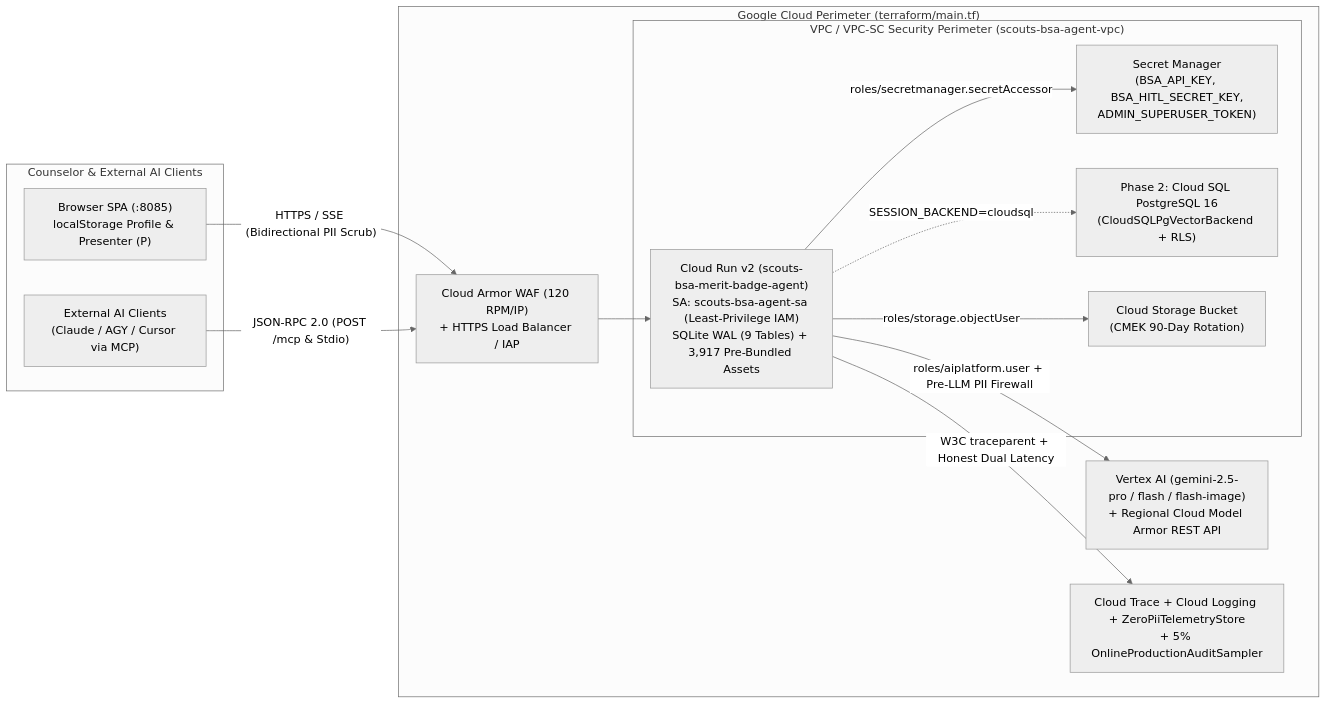
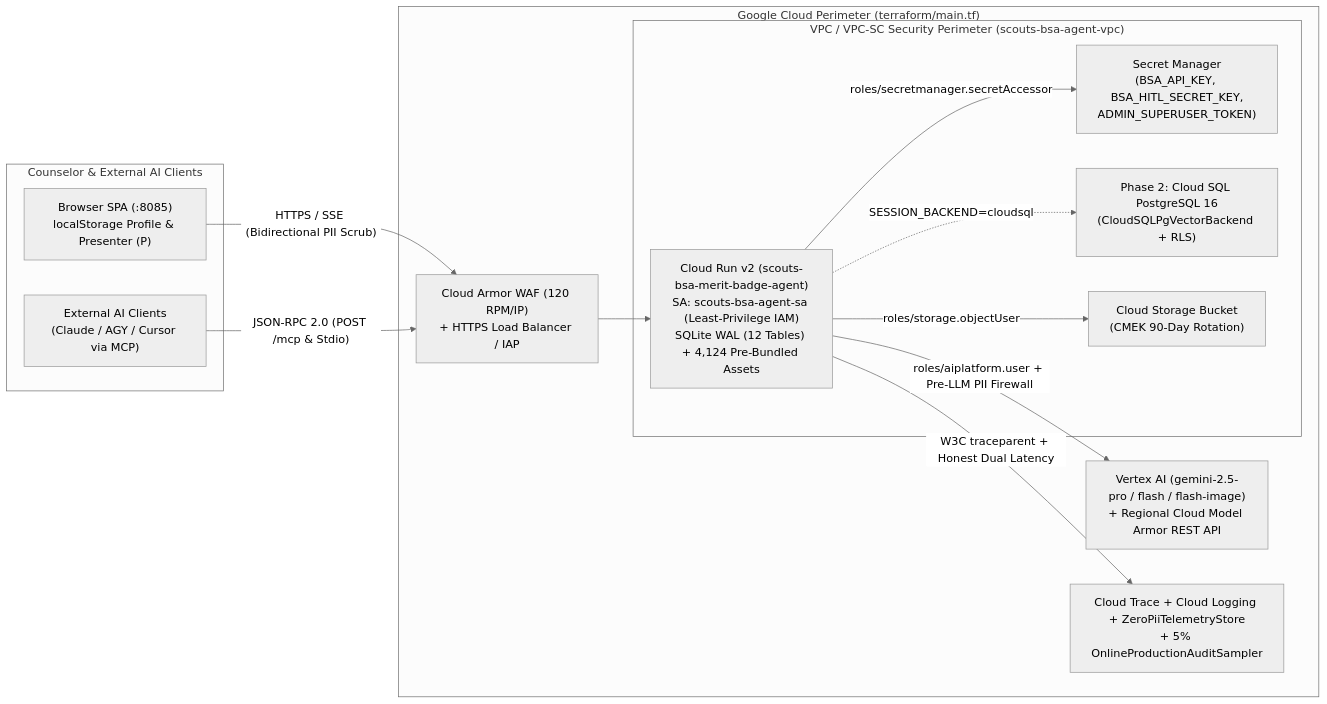
Before and after one commit to clayberg/scouts-bsa-merit-badge-agent: the second of 2 diagrams in README.md, drawn with Mermaid (neutral theme). The commit also changed other lines of this file and 193 other files, not shown here.

````diff
--- a/README.md
+++ b/README.md
@@ -267,28 +281,28 @@
 ```mermaid
 flowchart LR
     subgraph ClientEdge["Counselor & External AI Clients"]
         Browser["Browser SPA (:8085)<br/>localStorage Profile & Presenter (P)"]
         MCPClient["External AI Clients<br/>(Claude / AGY / Cursor via MCP)"]
     end
 
     subgraph GCPEdge["Google Cloud Perimeter (terraform/main.tf)"]
         WAF["Cloud Armor WAF (120 RPM/IP)<br/>+ HTTPS Load Balancer / IAP"]
         subgraph VPC["VPC / VPC-SC Security Perimeter (scouts-bsa-agent-vpc)"]
-            CR["Cloud Run v2 (scouts-bsa-merit-badge-agent)<br/>SA: scouts-bsa-agent-sa (Least-Privilege IAM)<br/>SQLite WAL (9 Tables) + 3,917 Pre-Bundled Assets"]
+            CR["Cloud Run v2 (scouts-bsa-merit-badge-agent)<br/>SA: scouts-bsa-agent-sa (Least-Privilege IAM)<br/>SQLite WAL (12 Tables) + 4,124 Pre-Bundled Assets"]
             SM["Secret Manager<br/>(BSA_API_KEY, BSA_HITL_SECRET_KEY,<br/>ADMIN_SUPERUSER_TOKEN)"]
             CSQL["Phase 2: Cloud SQL PostgreSQL 16<br/>(CloudSQLPgVectorBackend + RLS)"]
             GCS["Cloud Storage Bucket<br/>(CMEK 90-Day Rotation)"]
         end
         Vertex["Vertex AI (gemini-2.5-pro / flash / flash-image)<br/>+ Regional Cloud Model Armor REST API"]
         Obs["Cloud Trace + Cloud Logging + ZeroPiiTelemetryStore<br/>+ 5% OnlineProductionAuditSampler"]
     end
 
     Browser -->|"HTTPS / SSE (Bidirectional PII Scrub)"| WAF
     MCPClient -->|"JSON-RPC 2.0 (POST /mcp & Stdio)"| WAF
     WAF --> CR
     CR -->|"roles/secretmanager.secretAccessor"| SM
     CR -->|"roles/aiplatform.user + Pre-LLM PII Firewall"| Vertex
     CR -.->|"SESSION_BACKEND=cloudsql"| CSQL
     CR -->|"roles/storage.objectUser"| GCS
     CR -->|"W3C traceparent + Honest Dual Latency"| Obs
 ```
````
